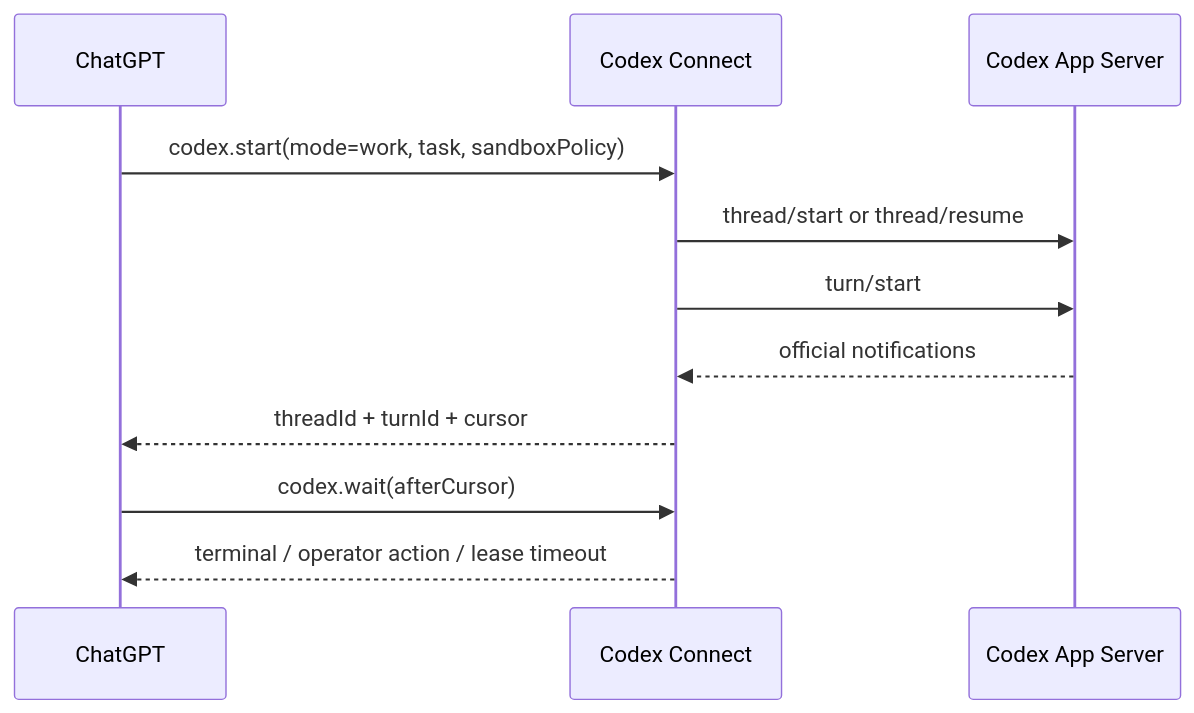
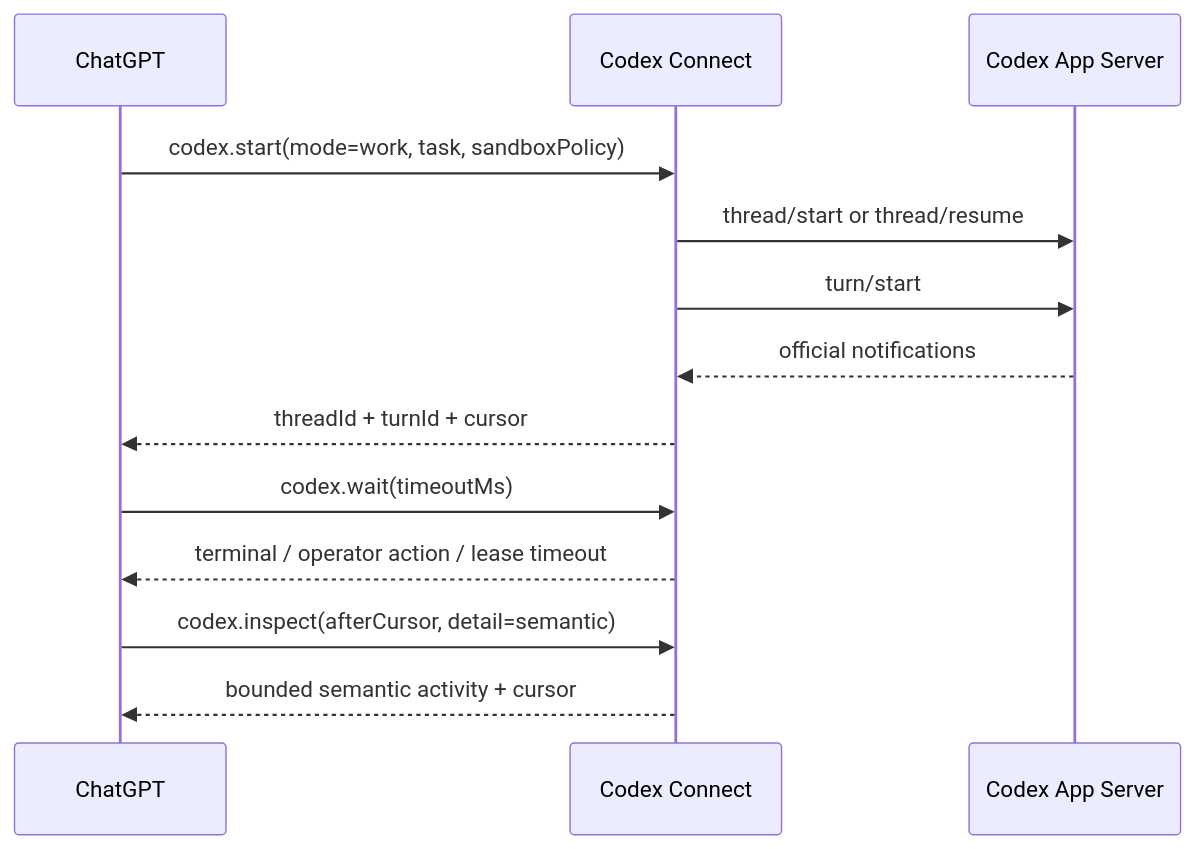
Before and after one commit to Jesrey0/codex-connect: the second of 2 diagrams in docs/architecture/overview.md, drawn with Mermaid. The commit also changed other lines of this file and 12 other files, not shown here.

````diff
--- a/docs/architecture/overview.md
+++ b/docs/architecture/overview.md
@@ -73,14 +74,16 @@
 ```mermaid
 sequenceDiagram
     participant C as ChatGPT
     participant X as Codex Connect
     participant A as Codex App Server
 
     C->>X: codex.start(mode=work, task, sandboxPolicy)
     X->>A: thread/start or thread/resume
     X->>A: turn/start
     A-->>X: official notifications
     X-->>C: threadId + turnId + cursor
-    C->>X: codex.wait(afterCursor)
+    C->>X: codex.wait(timeoutMs)
     X-->>C: terminal / operator action / lease timeout
+    C->>X: codex.inspect(afterCursor, detail=semantic)
+    X-->>C: bounded semantic activity + cursor
 ```
````
